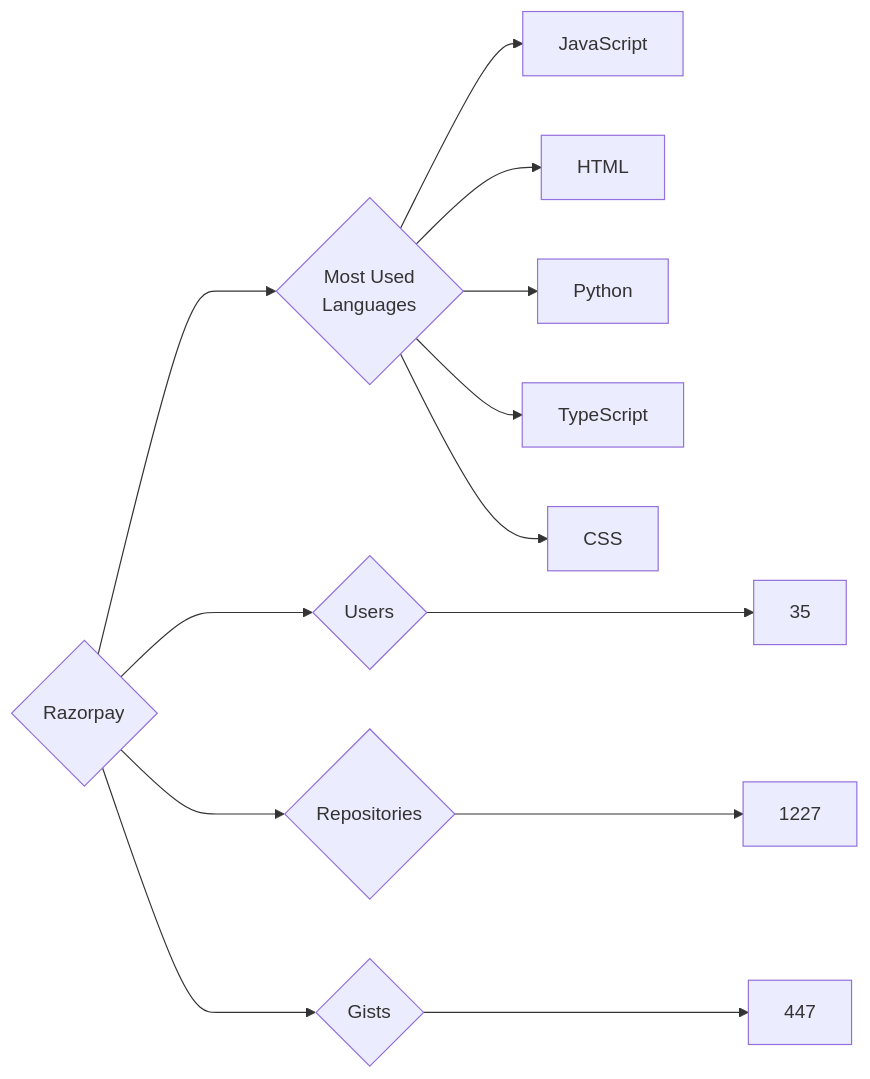
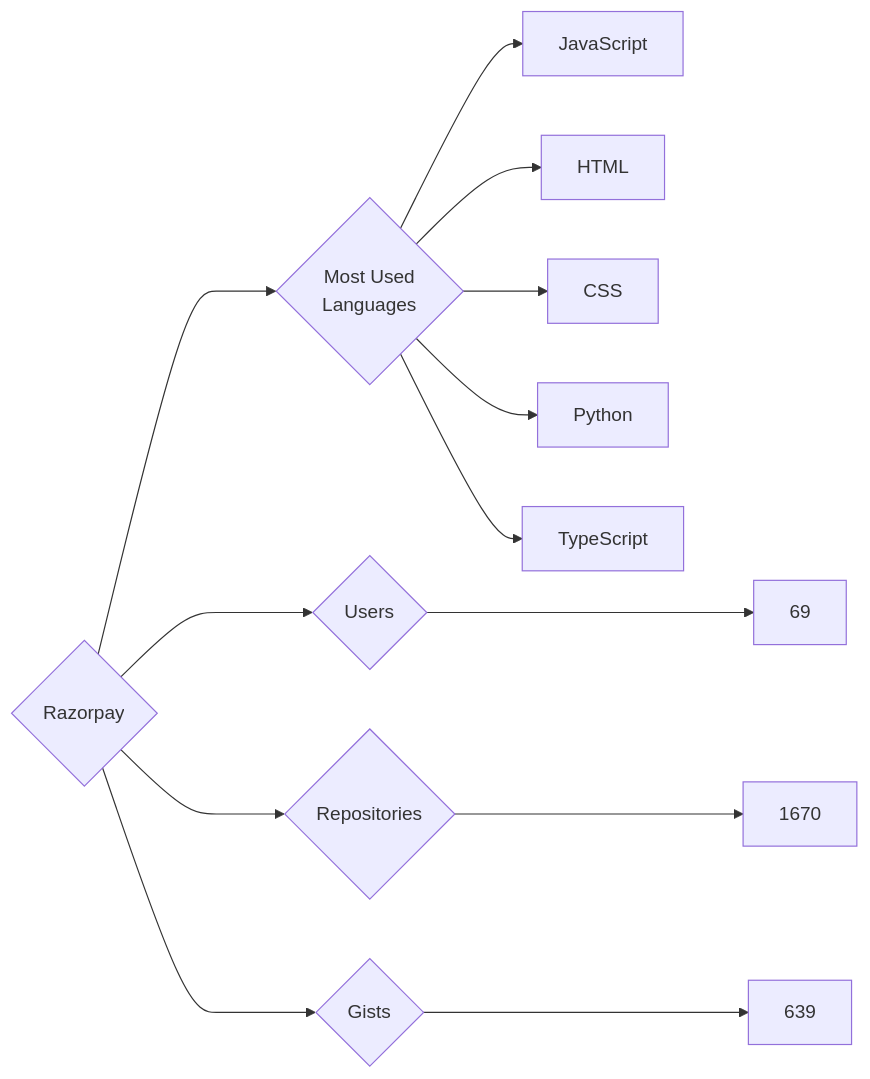
One commit to trickest/insiders changed the diagram in targets/Razorpay/README.md. Above: the diagram before and after it, drawn with Mermaid. The commit also changed 928 other files, not shown here.

````diff
--- a/targets/Razorpay/README.md
+++ b/targets/Razorpay/README.md
@@ -3,13 +3,13 @@
 ```mermaid
 graph LR
 COMPANY_NAME{Razorpay}
-COMPANY_NAME ---> U{Users} ---> UN[35]
-COMPANY_NAME ---> R{Repositories} ---> RN[1227]
-COMPANY_NAME ---> G{Gists} ---> GN[447]
+COMPANY_NAME ---> U{Users} ---> UN[69]
+COMPANY_NAME ---> R{Repositories} ---> RN[1670]
+COMPANY_NAME ---> G{Gists} ---> GN[639]
 COMPANY_NAME ---> ML{Most Used<br>Languages}
 ML --> JavaScript[JavaScript]
 ML --> HTML[HTML]
+ML --> CSS[CSS]
 ML --> Python[Python]
 ML --> TypeScript[TypeScript]
-ML --> CSS[CSS]
 ```
````
